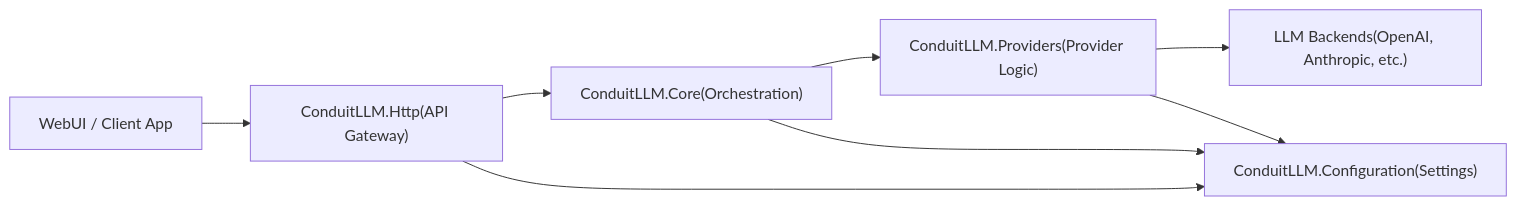
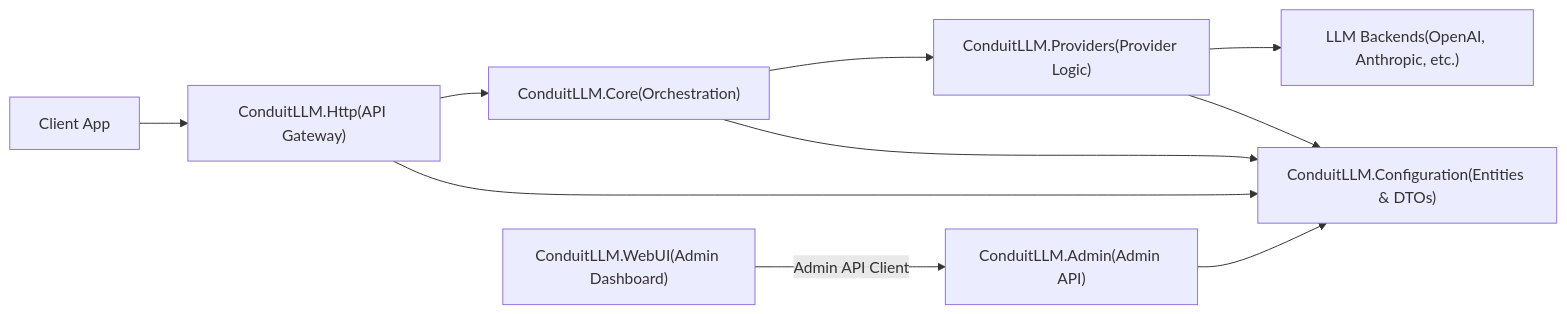
Before and after one commit to knnlabs/Conduit: the diagram in README.md, drawn with Mermaid. The commit also changed other lines of this file and 7 other files, not shown here.

````diff
--- a/README.md
+++ b/README.md
@@ -55,18 +55,22 @@
 ```mermaid
 flowchart LR
-    Client["WebUI / Client App"]
+    WebUI["ConduitLLM.WebUI(Admin Dashboard)"]
+    AdminAPI["ConduitLLM.Admin(Admin API)"]
     Http["ConduitLLM.Http(API Gateway)"]
     Core["ConduitLLM.Core(Orchestration)"]
     Providers["ConduitLLM.Providers(Provider Logic)"]
-    Config["ConduitLLM.Configuration(Settings)"]
+    Config["ConduitLLM.Configuration(Entities & DTOs)"]
     LLM["LLM Backends(OpenAI, Anthropic, etc.)"]
     
-    Client --> Http
+    WebUI -->|Admin API Client| AdminAPI
+    AdminAPI --> Config
+    
+    Client["Client App"] --> Http
     Http --> Core
     Core --> Providers
     Providers --> LLM
     
     Http --> Config
     Core --> Config
     Providers --> Config
 ```
````
